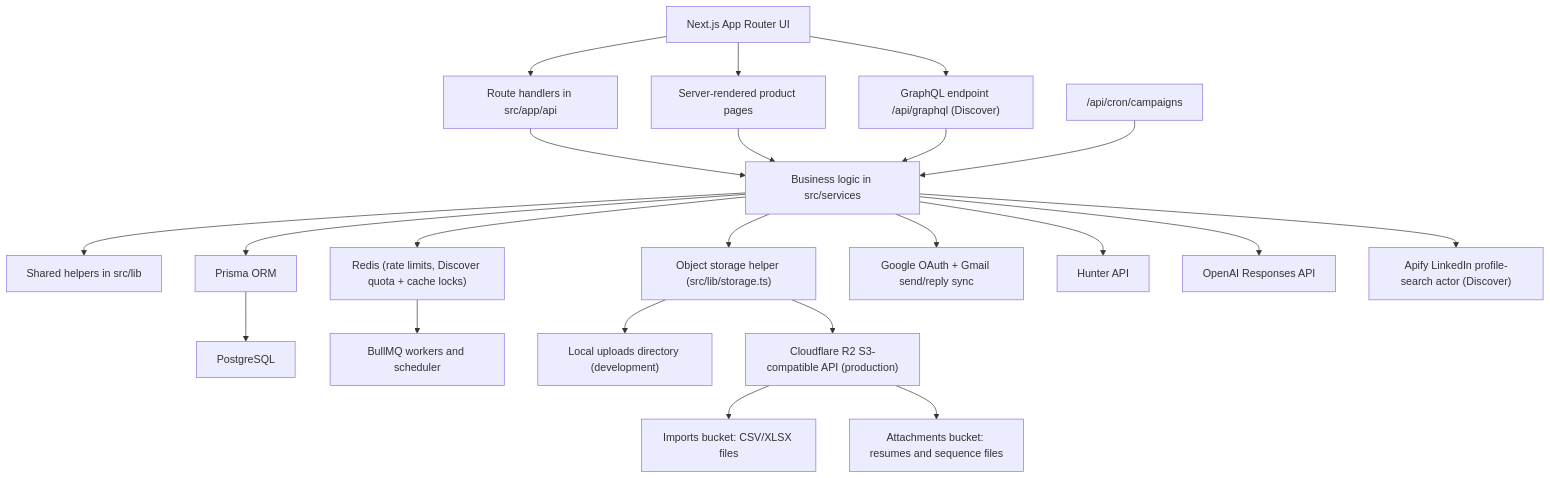
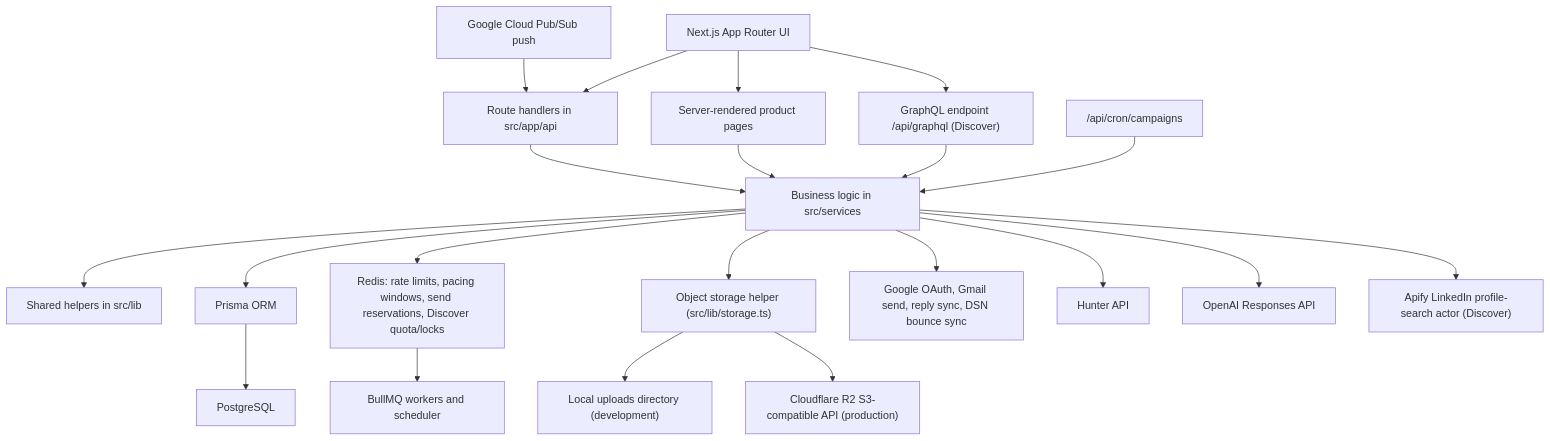
Before and after one commit to ka8540/Sendloom: the second of 3 diagrams in README.md, drawn with Mermaid. The commit also changed other lines of this file and 1 other file, not shown here.

````diff
--- a/README.md
+++ b/README.md
@@ -342,24 +90,23 @@
 ```mermaid
 flowchart TD
     UI["Next.js App Router UI"] --> API["Route handlers in src/app/api"]
     UI --> SSR["Server-rendered product pages"]
     UI --> GraphQL["GraphQL endpoint /api/graphql (Discover)"]
     API --> Services["Business logic in src/services"]
     SSR --> Services
     GraphQL --> Services
     Services --> Lib["Shared helpers in src/lib"]
     Services --> Prisma["Prisma ORM"]
     Prisma --> Postgres["PostgreSQL"]
-    Services --> Redis["Redis (rate limits, Discover quota + cache locks)"]
+    Services --> Redis["Redis: rate limits, pacing windows, send reservations, Discover quota/locks"]
     Redis --> Workers["BullMQ workers and scheduler"]
     Services --> Storage["Object storage helper (src/lib/storage.ts)"]
     Storage --> Local["Local uploads directory (development)"]
     Storage --> R2["Cloudflare R2 S3-compatible API (production)"]
-    R2 --> R2Imports["Imports bucket: CSV/XLSX files"]
-    R2 --> R2Attach["Attachments bucket: resumes and sequence files"]
-    Services --> Google["Google OAuth + Gmail send/reply sync"]
+    Services --> Google["Google OAuth, Gmail send, reply sync, DSN bounce sync"]
     Services --> Hunter["Hunter API"]
     Services --> OpenAI["OpenAI Responses API"]
     Services --> Apify["Apify LinkedIn profile-search actor (Discover)"]
     Cron["/api/cron/campaigns"] --> Services
+    PubSub["Google Cloud Pub/Sub push"] --> API
 ```
````
